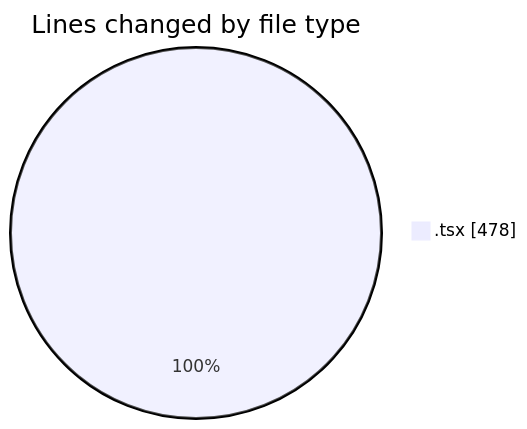
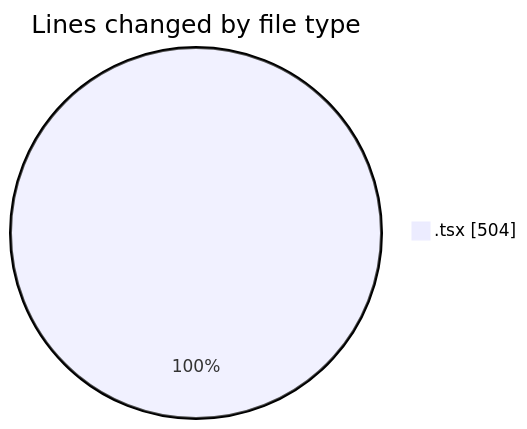
One commit to lephambinh05/code-tracking changed the first of 2 diagrams in 2025-08-20/napxuvn/README.md. Above: the diagram before and after it, drawn with Mermaid. The commit also changed other lines of this file and 1 other file, not shown here.

````diff
--- a/2025-08-20/napxuvn/README.md
+++ b/2025-08-20/napxuvn/README.md
@@ -29,5 +30,5 @@
 ```mermaid
 pie showData
 title Lines changed by file type
-".tsx" : 478
+".tsx" : 504
 ```
````
